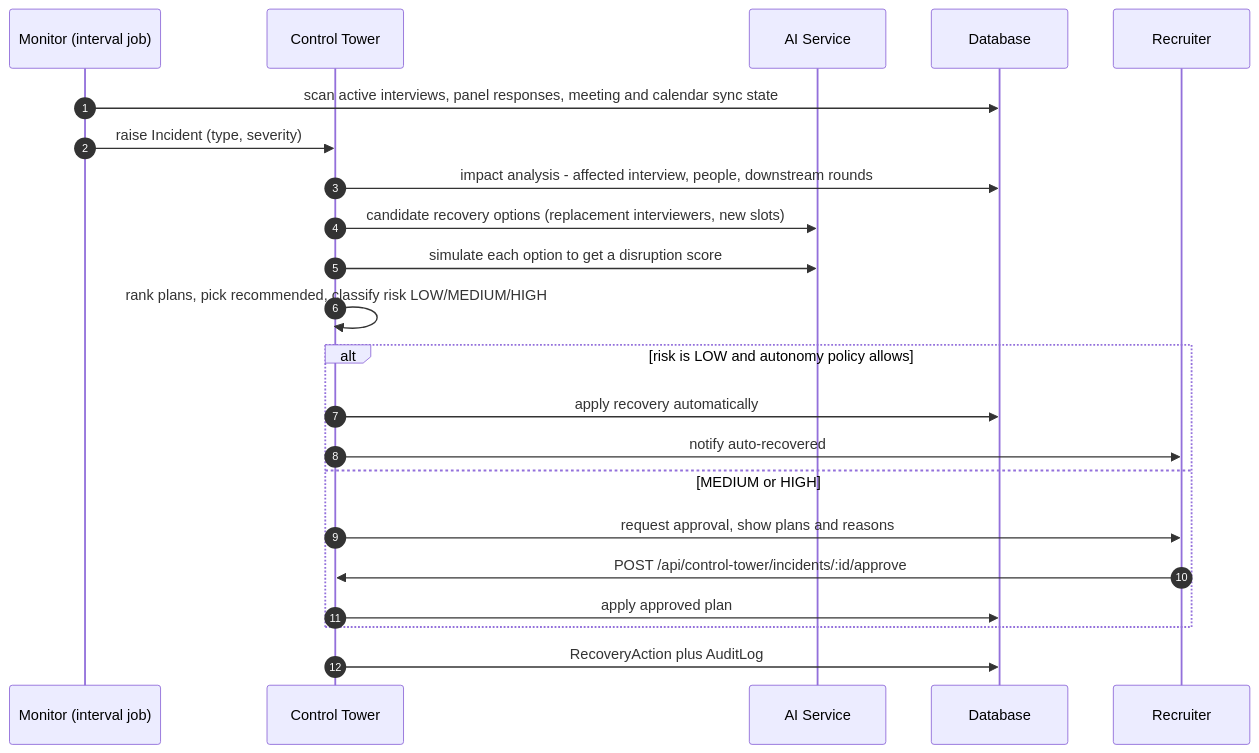
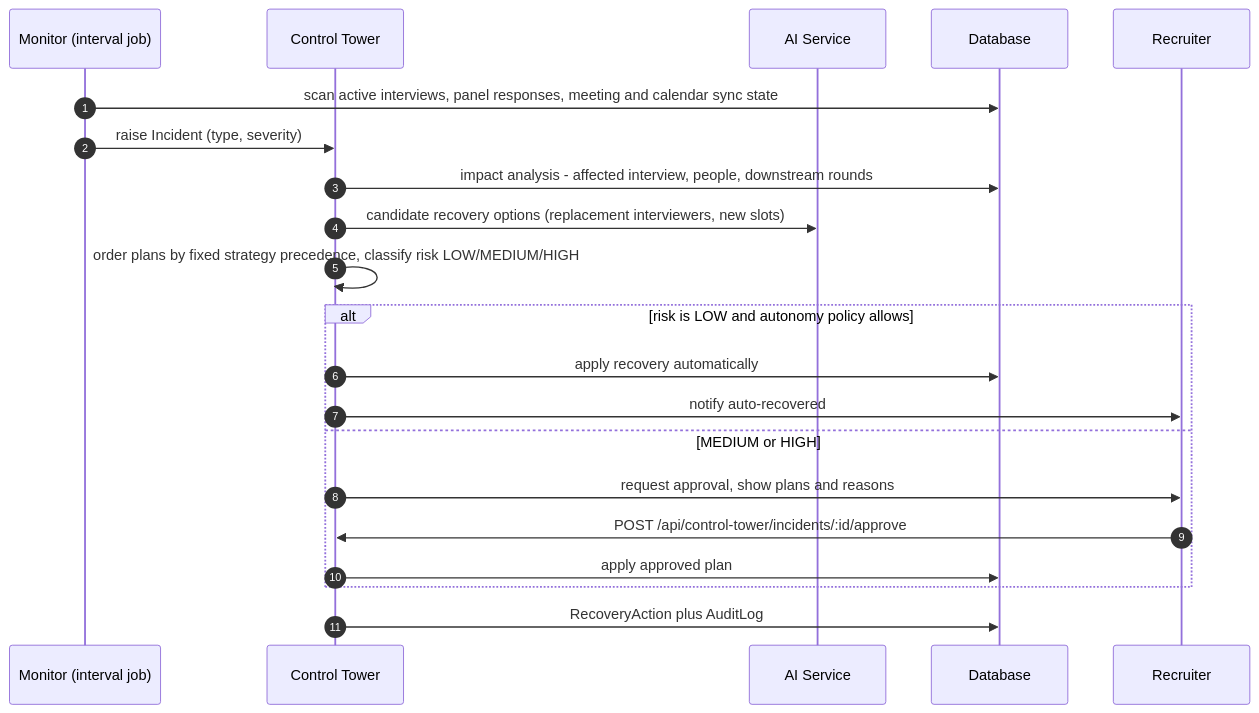
The third of 4 diagrams in docs/ARCHITECTURE.md (Veda-ch/interview-scheduler_Veda), drawn with Mermaid before and after one commit. The commit also changed other lines of this file and 53 other files, not shown here.

````diff
--- a/docs/ARCHITECTURE.md
+++ b/docs/ARCHITECTURE.md
@@ -112,25 +106,24 @@
 ```mermaid
 sequenceDiagram
   autonumber
   participant MON as Monitor (interval job)
   participant CT as Control Tower
   participant AI as AI Service
   participant DB as Database
   participant R as Recruiter
 
   MON->>DB: scan active interviews, panel responses, meeting and calendar sync state
   MON->>CT: raise Incident (type, severity)
   CT->>DB: impact analysis - affected interview, people, downstream rounds
   CT->>AI: candidate recovery options (replacement interviewers, new slots)
-  CT->>AI: simulate each option to get a disruption score
-  CT->>CT: rank plans, pick recommended, classify risk LOW/MEDIUM/HIGH
+  CT->>CT: order plans by fixed strategy precedence, classify risk LOW/MEDIUM/HIGH
   alt risk is LOW and autonomy policy allows
     CT->>DB: apply recovery automatically
     CT->>R: notify auto-recovered
   else MEDIUM or HIGH
     CT->>R: request approval, show plans and reasons
     R->>CT: POST /api/control-tower/incidents/:id/approve
     CT->>DB: apply approved plan
   end
   CT->>DB: RecoveryAction plus AuditLog
 ```
````
